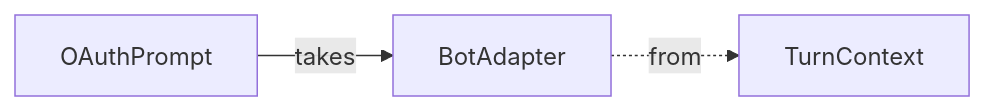
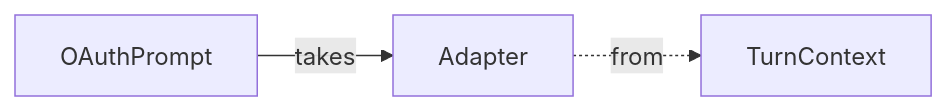
Before and after one commit to Zerryth/Mermaid: the diagram in Authentication/AuthArchitectureInBotFramework/OAuthPrompt/TakesAdapterFromTurnContext_DiagramSource.md, drawn with Mermaid. The commit also changed 2 other files, not shown here.

Commit message:
updated TakesAdapterFromTurnContext to take 'Adapter' instead of 'BotAdapter'

````diff
--- a/Authentication/AuthArchitectureInBotFramework/OAuthPrompt/TakesAdapterFromTurnContext_DiagramSource.md
+++ b/Authentication/AuthArchitectureInBotFramework/OAuthPrompt/TakesAdapterFromTurnContext_DiagramSource.md
@@ -2,4 +2,4 @@
 ```mermaid
     graph LR
-    OAuthPrompt -- takes --> BotAdapter -. from .->  TurnContext
+    OAuthPrompt -- takes --> Adapter -. from .->  TurnContext
 ```
````
